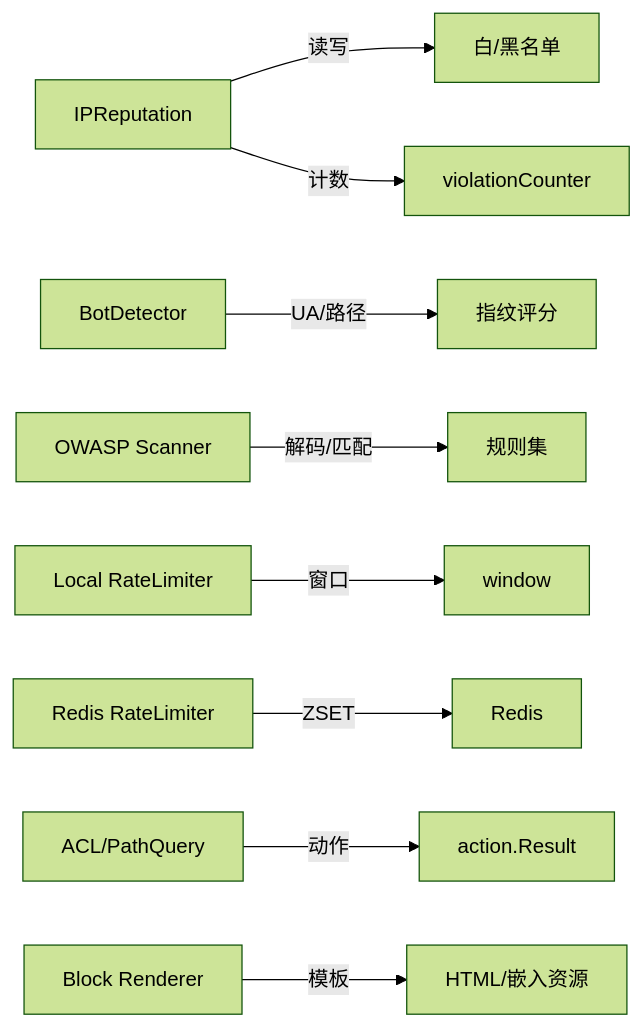
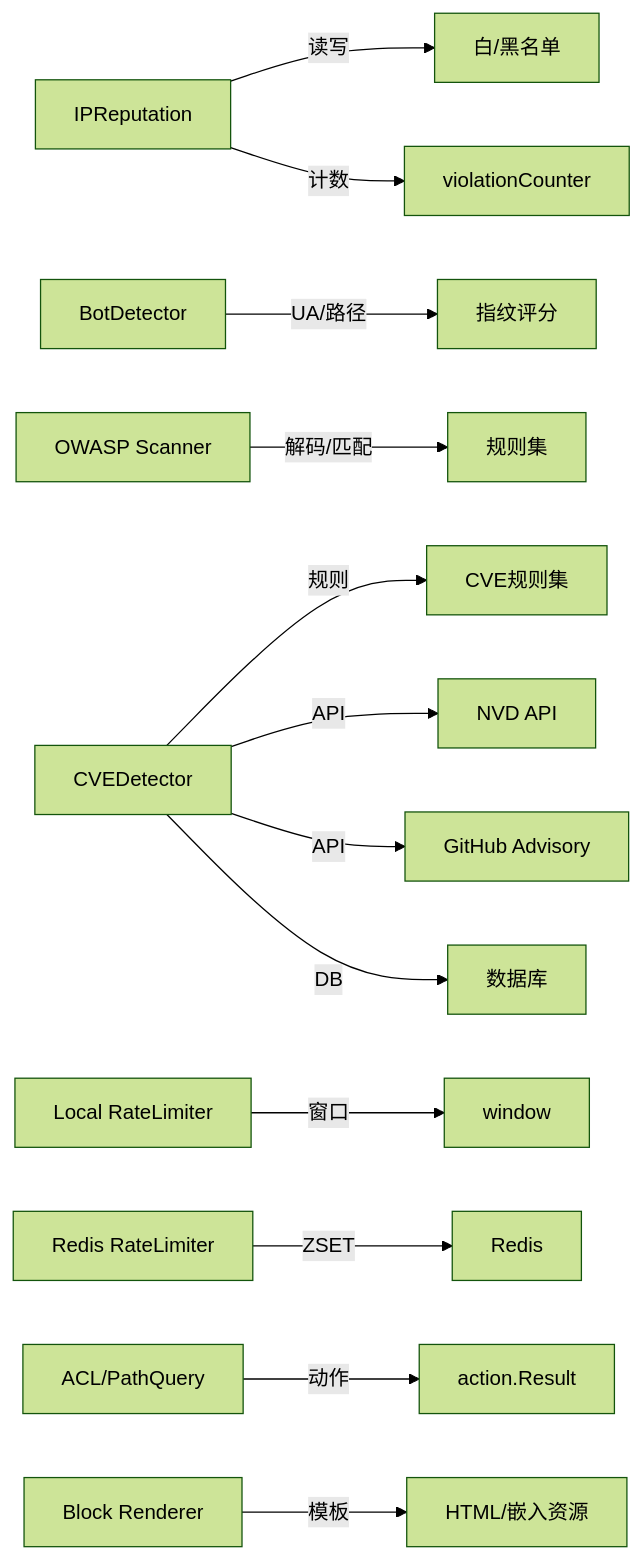
One commit to x01n/My-OpenWaf changed the tenth of 10 diagrams in docs/安全防护功能/安全防护功能.md. Above: the diagram before and after it, drawn with Mermaid (forest theme). The commit also changed other lines of this file and 51 other files, not shown here.

````diff
--- a/docs/安全防护功能/安全防护功能.md
+++ b/docs/安全防护功能/安全防护功能.md
@@ -417,11 +543,15 @@
 ```mermaid
 graph LR
 IPREP["IPReputation"] --> |读写| Lists["白/黑名单"]
 IPREP --> |计数| VC["violationCounter"]
 BOT["BotDetector"] --> |UA/路径| Score["指纹评分"]
 OWASP["OWASP Scanner"] --> |解码/匹配| Rules["规则集"]
+CVE["CVEDetector"] --> |规则| CVERules["CVE规则集"]
+CVE --> |API| NVD["NVD API"]
+CVE --> |API| GH["GitHub Advisory"]
+CVE --> |DB| DB["数据库"]
 RL["Local RateLimiter"] --> |窗口| Win["window"]
 RLR["Redis RateLimiter"] --> |ZSET| Redis["Redis"]
 EVAL["ACL/PathQuery"] --> |动作| Action["action.Result"]
 BLOCK["Block Renderer"] --> |模板| HTML["HTML/嵌入资源"]
 ```
````
